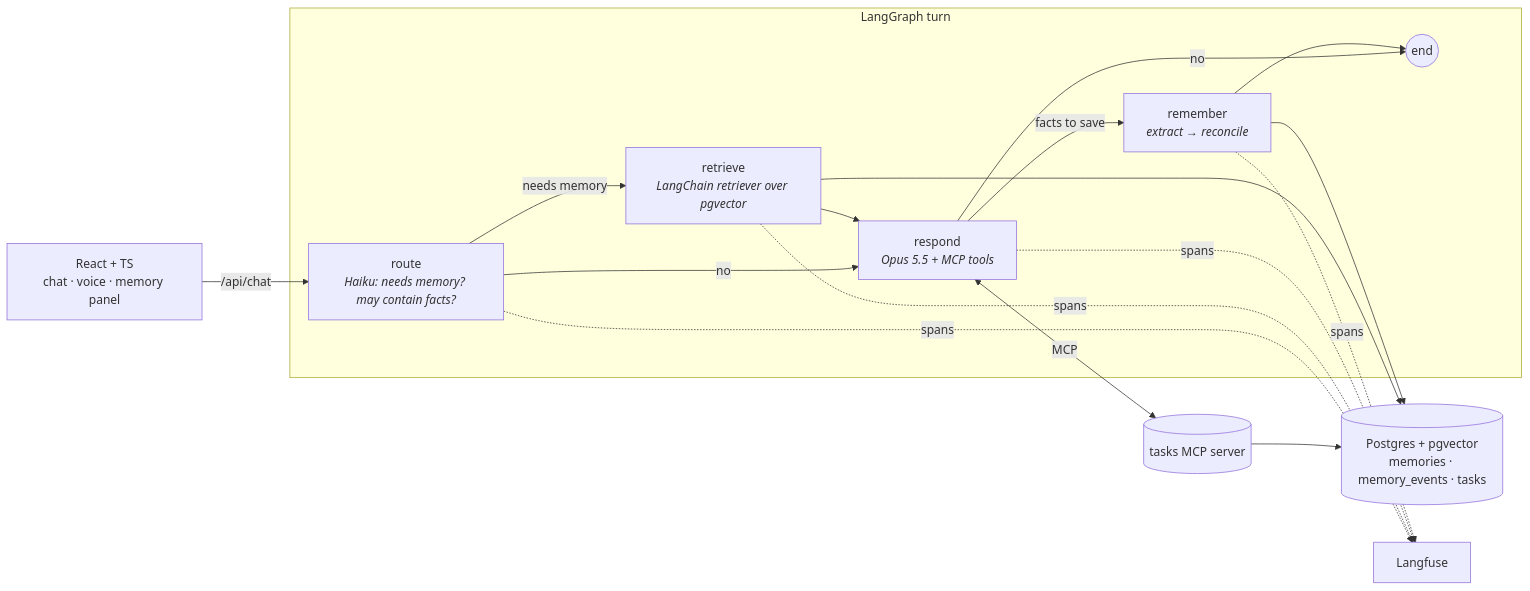
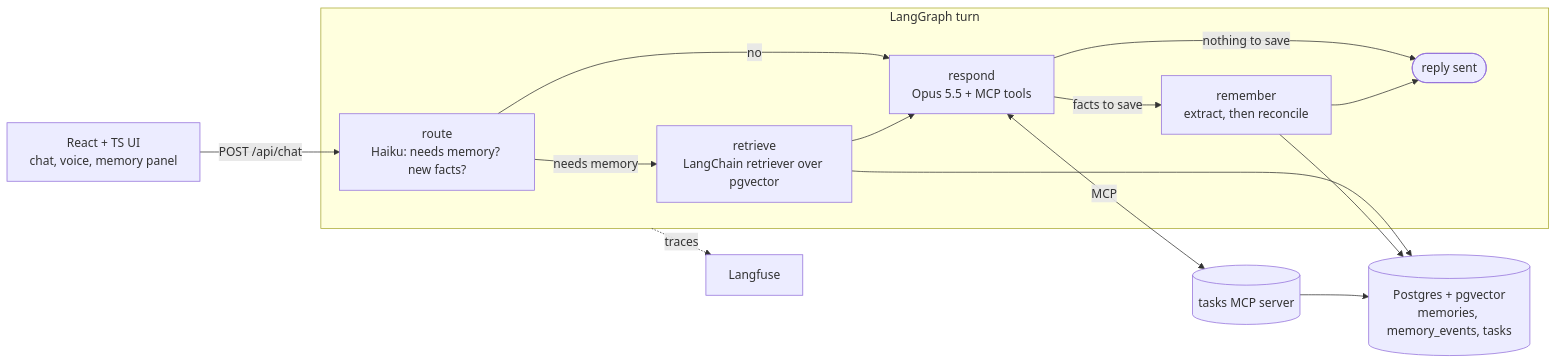
The diagram in README.md (sakshinair27/juno-memory-assistant), drawn with Mermaid before and after one commit.

Commit message:
Simplify architecture diagram for GitHub's Mermaid renderer

````diff
--- a/README.md
+++ b/README.md
@@ -29,17 +29,24 @@
 ```mermaid
 flowchart LR
-    UI["React + TS<br/>chat · voice · memory panel"] -->|/api/chat| R
-    subgraph LangGraph turn
-      R[route<br/><i>Haiku: needs memory? may contain facts?</i>] -->|needs memory| RT[retrieve<br/><i>LangChain retriever over pgvector</i>]
-      R -->|no| RS
-      RT --> RS[respond<br/><i>Opus 5.5 + MCP tools</i>]
-      RS -->|facts to save| M[remember<br/><i>extract → reconcile</i>]
-      RS -->|no| E((end))
-      M --> E
+    UI["React + TS UI<br/>chat, voice, memory panel"] -->|"POST /api/chat"| R
+
+    subgraph TURN["LangGraph turn"]
+        R["route<br/>Haiku: needs memory? new facts?"]
+        RT["retrieve<br/>LangChain retriever over pgvector"]
+        RS["respond<br/>Opus 5.5 + MCP tools"]
+        M["remember<br/>extract, then reconcile"]
+        DONE(["reply sent"])
+        R -->|"needs memory"| RT
+        R -->|"no"| RS
+        RT --> RS
+        RS -->|"facts to save"| M
+        RS -->|"nothing to save"| DONE
+        M --> DONE
     end
-    RS <-->|MCP| T[(tasks MCP server)]
-    RT --> PG[(Postgres + pgvector<br/>memories · memory_events · tasks)]
+
+    RS <-->|"MCP"| T[("tasks MCP server")]
+    RT --> PG[("Postgres + pgvector<br/>memories, memory_events, tasks")]
     M --> PG
     T --> PG
-    R & RT & RS & M -. spans .-> LF[Langfuse]
+    TURN -.->|"traces"| LF["Langfuse"]
 ```
````
